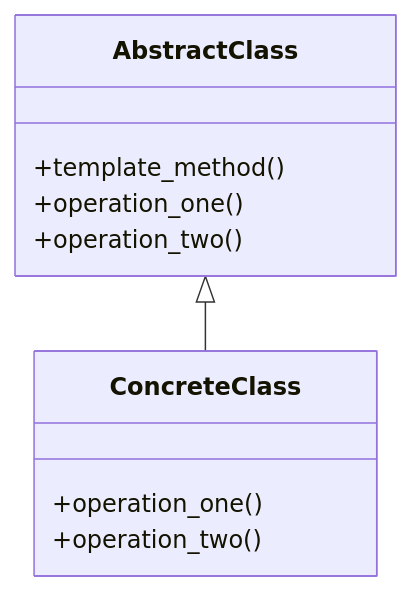
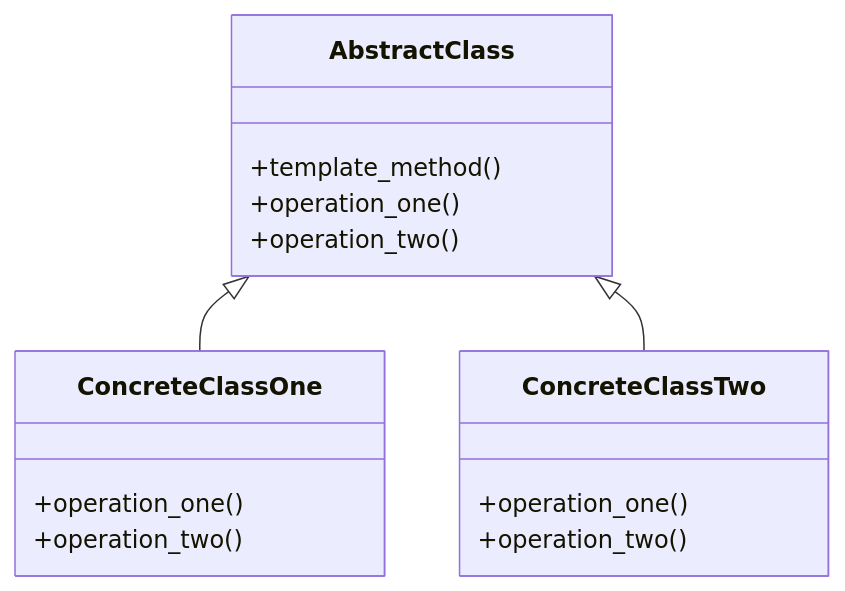
The diagram in src/behavioural/template_method/README.md (kieran-ryan/design-patterns), drawn with Mermaid before and after one commit.

Commit message:
Additional template method concrete class
- To demonstrate multiple classes extending this behaviour as the typical use case

````diff
--- a/src/behavioural/template_method/README.md
+++ b/src/behavioural/template_method/README.md
@@ -1,13 +1,18 @@
 ```mermaid
   classDiagram
     class AbstractClass{
       +template_method()
       +operation_one()
       +operation_two()
     }
-    class ConcreteClass{
+    class ConcreteClassOne{
       +operation_one()
       +operation_two()
     }
-    AbstractClass <|-- ConcreteClass
+    class ConcreteClassTwo{
+      +operation_one()
+      +operation_two()
+    }
+    AbstractClass <|-- ConcreteClassOne
+    AbstractClass <|-- ConcreteClassTwo
 ```
````
